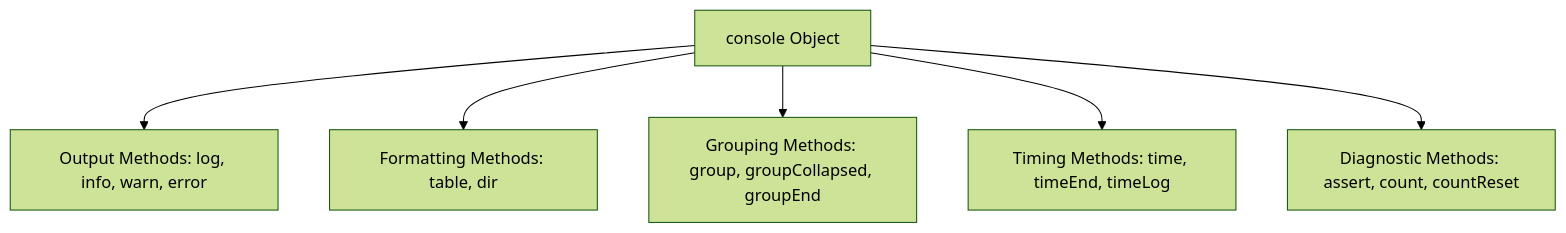
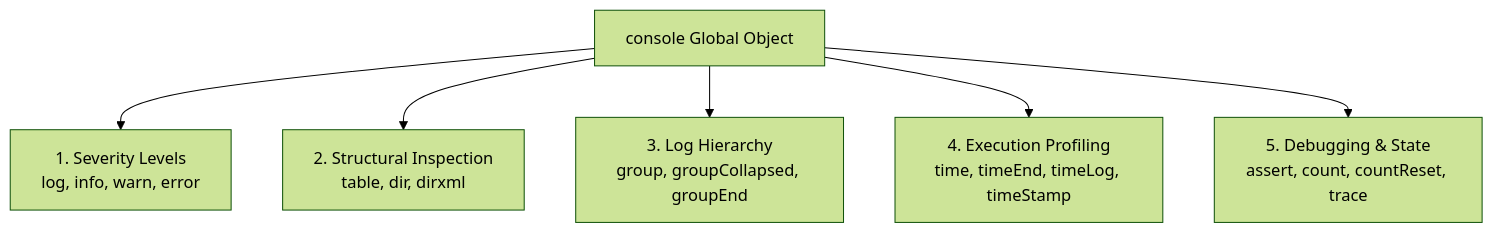
The first of 3 diagrams in js-notes/01-console-and-comments.md (Amie-dev/engineering-playbook), drawn with Mermaid (forest theme) before and after one commit. The commit also changed other lines of this file and 42 other files, not shown here.

````diff
--- a/js-notes/01-console-and-comments.md
+++ b/js-notes/01-console-and-comments.md
@@ -10,8 +13,8 @@
 ```mermaid
-graph TD
-    Console[console Object] --> Output[Output Methods: log, info, warn, error]
-    Console --> Format[Formatting Methods: table, dir]
-    Console --> Group[Grouping Methods: group, groupCollapsed, groupEnd]
-    Console --> Timing[Timing Methods: time, timeEnd, timeLog]
-    Console --> Diagnostics[Diagnostic Methods: assert, count, countReset]
+flowchart TD
+    Console[console Global Object] --> Severity[1. Severity Levels<br/>log, info, warn, error]
+    Console --> Inspection[2. Structural Inspection<br/>table, dir, dirxml]
+    Console --> Grouping[3. Log Hierarchy<br/>group, groupCollapsed, groupEnd]
+    Console --> Timing[4. Execution Profiling<br/>time, timeEnd, timeLog, timeStamp]
+    Console --> Diagnostics[5. Debugging & State<br/>assert, count, countReset, trace]
 ```
````
